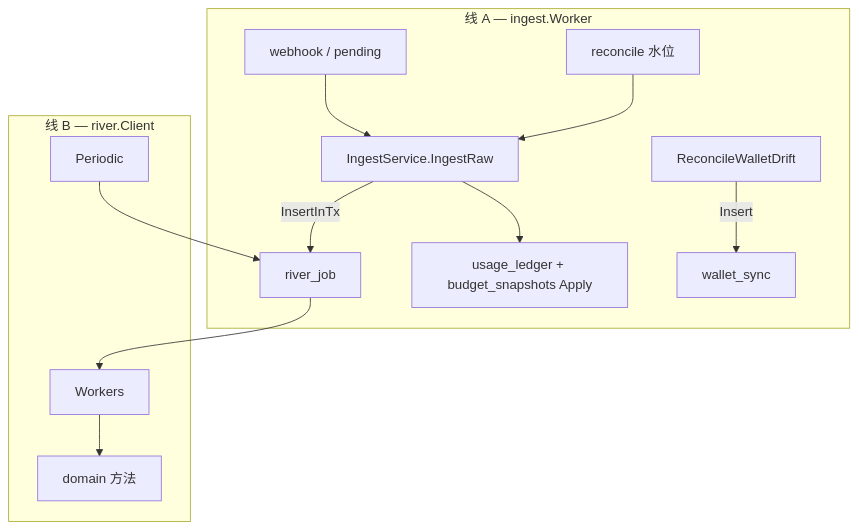
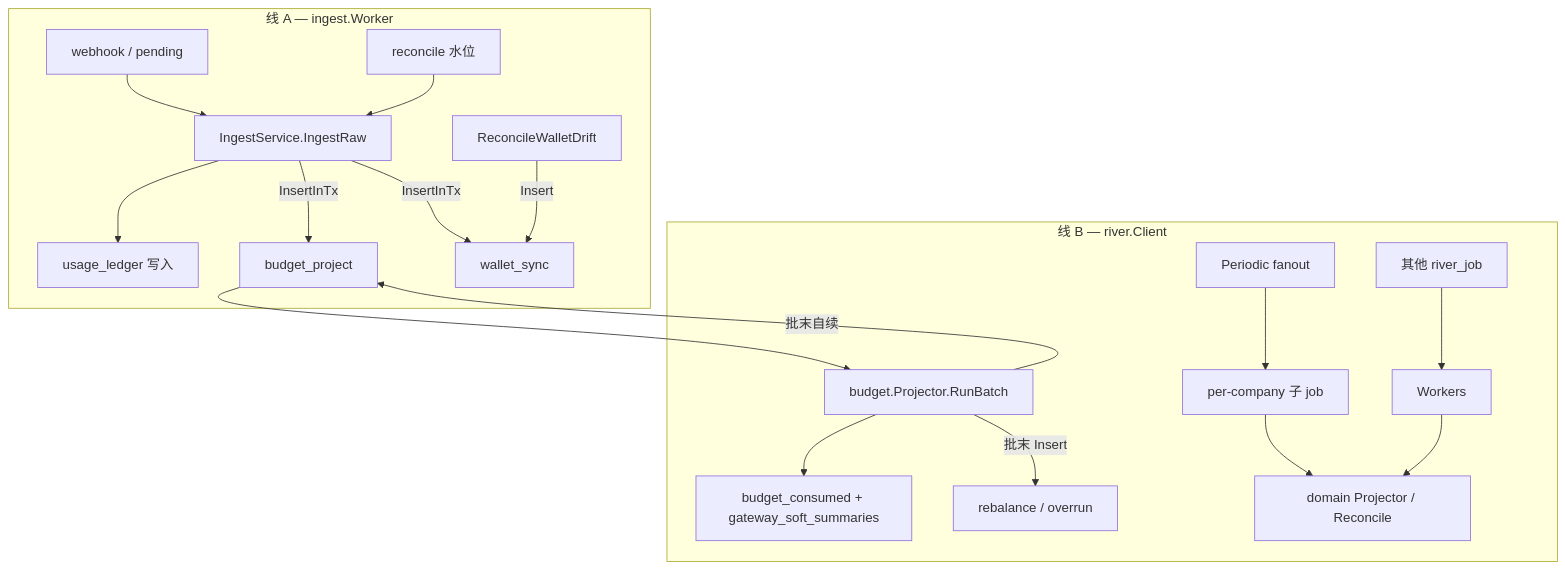
Before and after one commit to quyip8818/mytokenjoy: the diagram in docs/Backend-离线任务.md, drawn with Mermaid. The commit also changed other lines of this file and 16 other files, not shown here.

First line of the commit message:
refactor(org): per-tenant org_sync fanout with scheduler locks

````diff
--- a/docs/Backend-离线任务.md
+++ b/docs/Backend-离线任务.md
@@ -28,16 +29,22 @@
 ```mermaid
 flowchart TB
   subgraph lineA [线 A — ingest.Worker]
     WH[webhook / pending] --> ING[IngestService.IngestRaw]
     REC[reconcile 水位] --> ING
-    ING --> LEDGER[usage_ledger + budget_snapshots Apply]
-    ING -->|InsertInTx| RJ[river_job]
-    DRIFT[ReconcileWalletDrift] -->|Insert| WSjob[wallet_sync]
+    ING --> LEDGER[usage_ledger 写入]
+    ING -->|InsertInTx| BP[budget_project]
+    ING -->|InsertInTx| WSjob[wallet_sync]
+    DRIFT[ReconcileWalletDrift] -->|Insert| WSjob
   end
 
   subgraph lineB [线 B — river.Client]
-    RJ --> W[Workers]
-    PER[Periodic] --> RJ
-    W --> DOM[domain 方法]
+    BP --> BPW[budget.Projector.RunBatch]
+    BPW --> CONSUMED[budget_consumed + gateway_soft_summaries]
+    BPW -->|批末 Insert| RB[rebalance / overrun]
+    BPW -->|批末自续| BP
+    PER[Periodic fanout] --> TENANT[per-company 子 job]
+    TENANT --> DOM[domain Projector / Reconcile]
+    RJ[其他 river_job] --> W[Workers]
+    W --> DOM
   end
 ```
````
